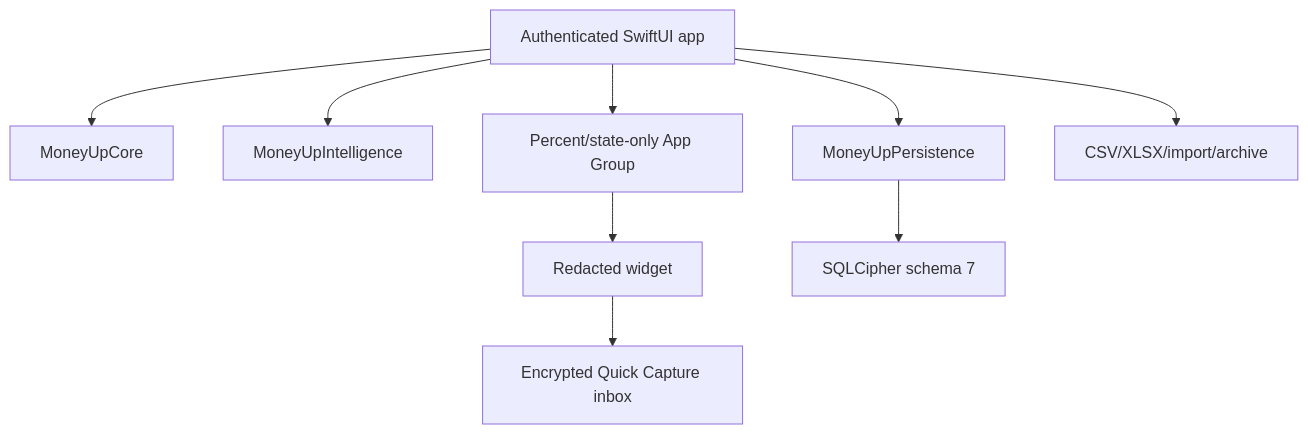
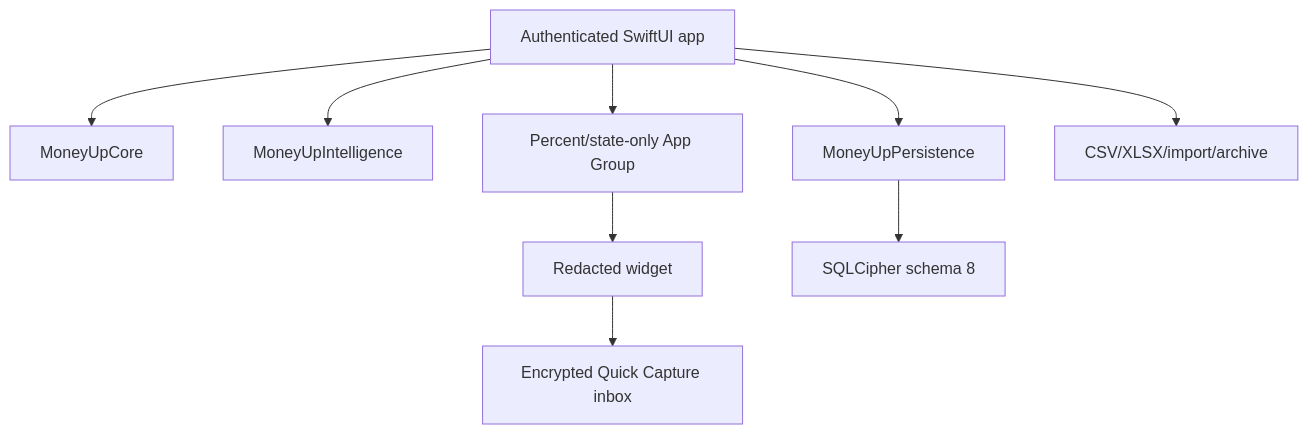
One commit to LaiWenKang/MoneyUp changed the diagram in docs/ARCHITECTURE.md. Above: the diagram before and after it, drawn with Mermaid. The commit also changed other lines of this file and 12 other files, not shown here.

````diff
--- a/docs/ARCHITECTURE.md
+++ b/docs/ARCHITECTURE.md
@@ -5,11 +5,11 @@
 ```mermaid
 flowchart TD
     Widget["Redacted widget"] --> Capture["Encrypted Quick Capture inbox"]
     App["Authenticated SwiftUI app"] --> Core["MoneyUpCore"]
     App --> Intel["MoneyUpIntelligence"]
     App --> Store["MoneyUpPersistence"]
-    Store --> Cipher["SQLCipher schema 7"]
+    Store --> Cipher["SQLCipher schema 8"]
     App --> Shared["Percent/state-only App Group"]
     Shared --> Widget
     App --> Files["CSV/XLSX/import/archive"]
 ```
````
